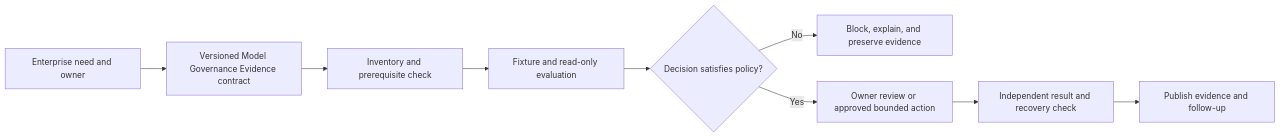
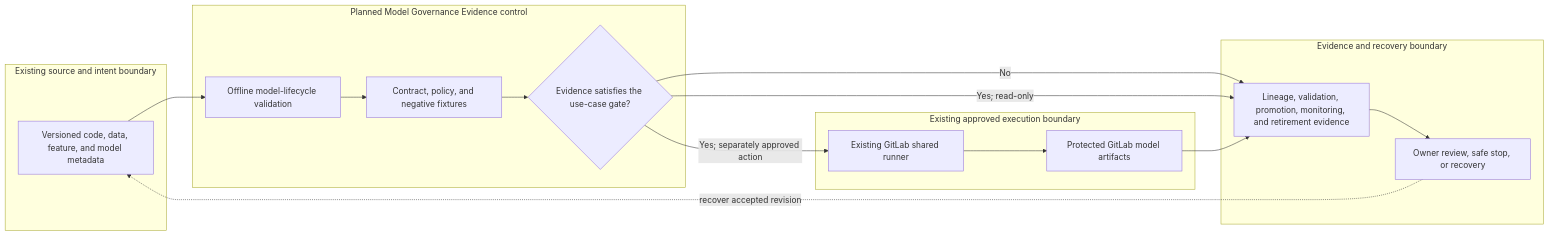
One commit to MIDHTECH/enterprise-architecture-docs changed the diagram in docs/use-cases/mlops/UC-MLOPS-014-model-governance-evidence.md. Above: the diagram before and after it, drawn with Mermaid. The commit also changed other lines of this file and 227 other files, not shown here.

Commit message:
Deepen architecture for all use case designs

````diff
--- a/docs/use-cases/mlops/UC-MLOPS-014-model-governance-evidence.md
+++ b/docs/use-cases/mlops/UC-MLOPS-014-model-governance-evidence.md
@@ -136,11 +129,25 @@
 ```mermaid
 flowchart LR
-    Need["Enterprise need and owner"] --> Contract["Versioned Model Governance Evidence contract"]
-    Contract --> Preflight["Inventory and prerequisite check"]
-    Preflight --> Evaluate["Fixture and read-only evaluation"]
-    Evaluate --> Decision{"Decision satisfies policy?"}
-    Decision -->|No| Stop["Block, explain, and preserve evidence"]
-    Decision -->|Yes| Review["Owner review or approved bounded action"]
-    Review --> Verify["Independent result and recovery check"]
-    Verify --> Publish["Publish evidence and follow-up"]
+    subgraph Source["Existing source and intent boundary"]
+        A["Versioned code, data, feature, and model metadata"]
+    end
+    subgraph Planned["Planned Model Governance Evidence control"]
+        B["Offline model-lifecycle validation"]
+        C["Contract, policy, and negative fixtures"]
+        D{"Evidence satisfies the use-case gate?"}
+    end
+    subgraph Runtime["Existing approved execution boundary"]
+        E["Existing GitLab shared runner"]
+        F["Protected GitLab model artifacts"]
+    end
+    subgraph Assurance["Evidence and recovery boundary"]
+        G["Lineage, validation, promotion, monitoring, and retirement evidence"]
+        H["Owner review, safe stop, or recovery"]
+    end
+
+    A --> B --> C --> D
+    D -->|No| G --> H
+    D -->|Yes; read-only| G
+    D -->|Yes; separately approved action| E --> F --> G
+    H -. recover accepted revision .-> A
 ```
````
